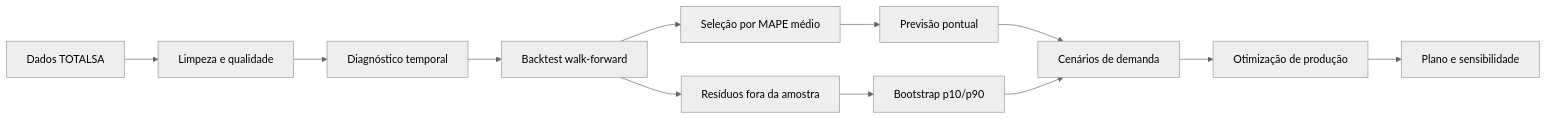
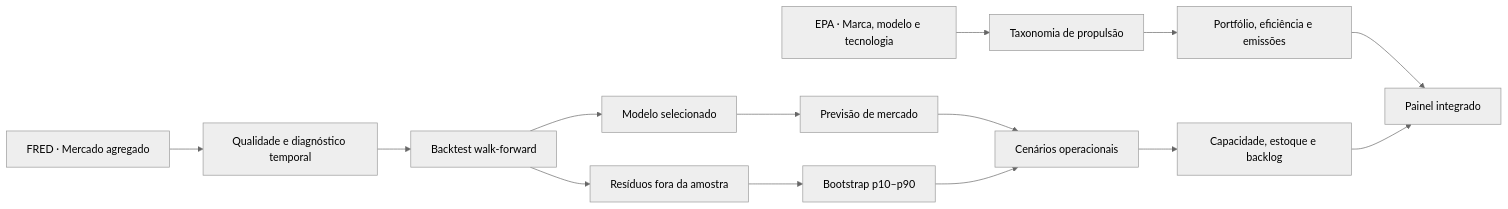
Before and after one commit to edu-moraess/quant-automotive-planning: the diagram in docs/ARQUITETURA_E_METODOLOGIA.md, drawn with Mermaid (neutral theme). The commit also changed other lines of this file and 9 other files, not shown here.

````diff
--- a/docs/ARQUITETURA_E_METODOLOGIA.md
+++ b/docs/ARQUITETURA_E_METODOLOGIA.md
@@ -25,14 +23,16 @@
 ```mermaid
 flowchart LR
-    A[Dados TOTALSA] --> B[Limpeza e qualidade]
-    B --> C[Diagnóstico temporal]
-    C --> D[Backtest walk-forward]
-    D --> E[Seleção por MAPE médio]
-    E --> F[Previsão pontual]
-    D --> G[Resíduos fora da amostra]
-    G --> H[Bootstrap p10/p90]
-    F --> I[Cenários de demanda]
-    H --> I
-    I --> J[Otimização de produção]
-    J --> K[Plano e sensibilidade]
+    A[FRED · Mercado agregado] --> B[Qualidade e diagnóstico temporal]
+    B --> C[Backtest walk-forward]
+    C --> D[Modelo selecionado]
+    C --> E[Resíduos fora da amostra]
+    D --> F[Previsão de mercado]
+    E --> G[Bootstrap p10–p90]
+    F --> H[Cenários operacionais]
+    G --> H
+    I[EPA · Marca, modelo e tecnologia] --> J[Taxonomia de propulsão]
+    J --> K[Portfólio, eficiência e emissões]
+    H --> L[Capacidade, estoque e backlog]
+    K --> M[Painel integrado]
+    L --> M
 ```
````
